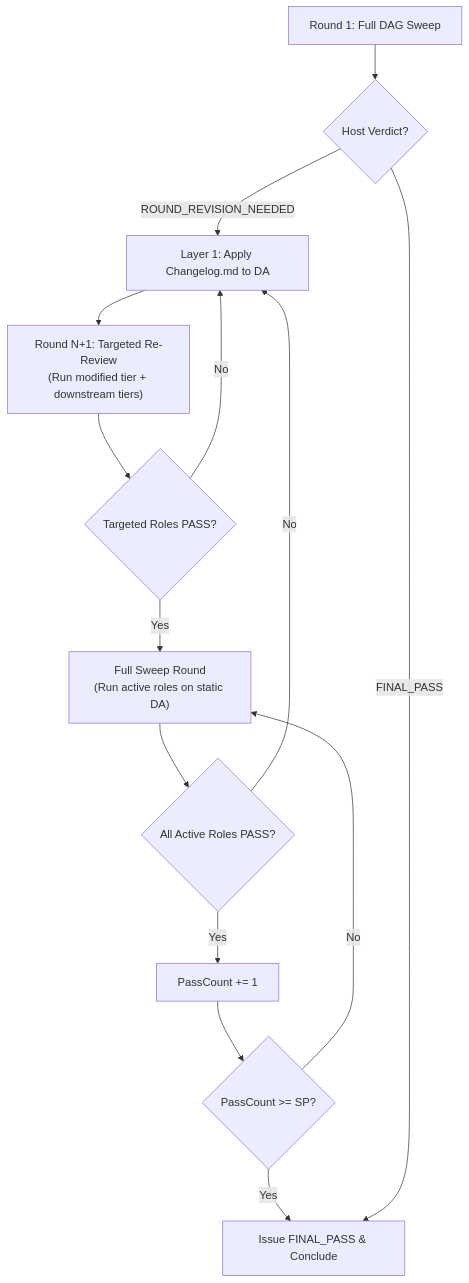
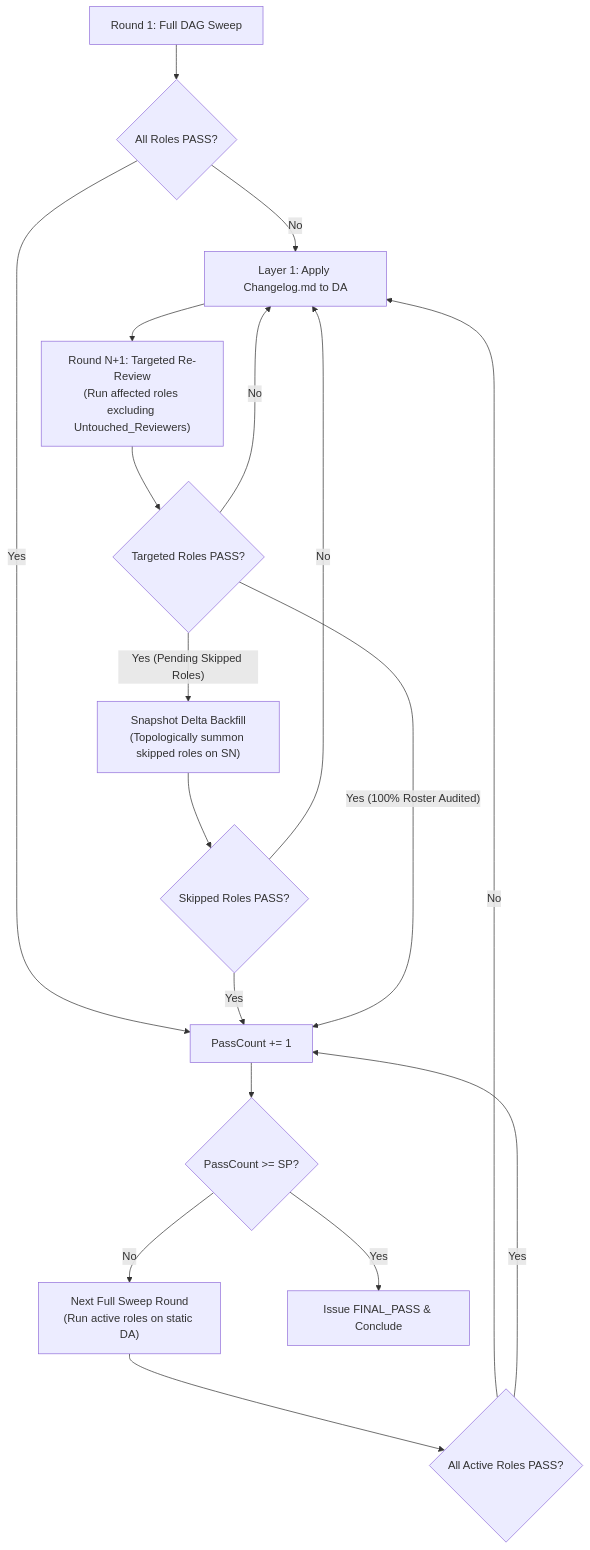
The diagram in .agents/skills/conduct-deep-reviewing-loop/SKILL.md (loerei/chronicle-mcp), drawn with Mermaid before and after one commit. The commit also changed other lines of this file and 58 other files, not shown here.

````diff
--- a/.agents/skills/conduct-deep-reviewing-loop/SKILL.md
+++ b/.agents/skills/conduct-deep-reviewing-loop/SKILL.md
@@ -20,16 +20,21 @@
 ```mermaid
 flowchart TD
-    Start["Round 1: Full DAG Sweep"] --> Eval{"Host Verdict?"}
-    Eval -->|"ROUND_REVISION_NEEDED"| Apply["Layer 1: Apply Changelog.md to DA"]
-    Apply --> TargetRun["Round N+1: Targeted Re-Review<br/>(Run modified tier + downstream tiers)"]
-    TargetRun --> CheckTarget{"Targeted Roles PASS?"}
+    Start["Round 1: Full DAG Sweep"] --> Eval{"All Roles PASS?"}
+    Eval -->|"No"| Apply["Layer 1: Apply Changelog.md to DA"]
+    Eval -->|"Yes"| Accumulate["PassCount += 1"]
+    Apply --> TargetRun["Round N+1: Targeted Re-Review<br/>(Run affected roles excluding Untouched_Reviewers)"]
+    CheckTarget{"Targeted Roles PASS?"}
+    TargetRun --> CheckTarget
     CheckTarget -->|"No"| Apply
-    CheckTarget -->|"Yes"| FullSweep["Full Sweep Round<br/>(Run active roles on static DA)"]
+    CheckTarget -->|"Yes (Pending Skipped Roles)"| Backfill["Snapshot Delta Backfill<br/>(Topologically summon skipped roles on SN)"]
+    Backfill --> BackfillCheck{"Skipped Roles PASS?"}
+    BackfillCheck -->|"No"| Apply
+    BackfillCheck -->|"Yes"| Accumulate
+    CheckTarget -->|"Yes (100% Roster Audited)"| Accumulate
+    Accumulate --> SPCheck{"PassCount >= SP?"}
+    SPCheck -->|"No"| FullSweep["Next Full Sweep Round<br/>(Run active roles on static DA)"]
     FullSweep --> SweepCheck{"All Active Roles PASS?"}
     SweepCheck -->|"No"| Apply
-    SweepCheck -->|"Yes"| Accumulate["PassCount += 1"]
-    Accumulate --> SPCheck{"PassCount >= SP?"}
-    SPCheck -->|"No"| FullSweep
+    SweepCheck -->|"Yes"| Accumulate
     SPCheck -->|"Yes"| FinalPass["Issue FINAL_PASS & Conclude"]
-    Eval -->|"FINAL_PASS"| FinalPass
 ```
````
